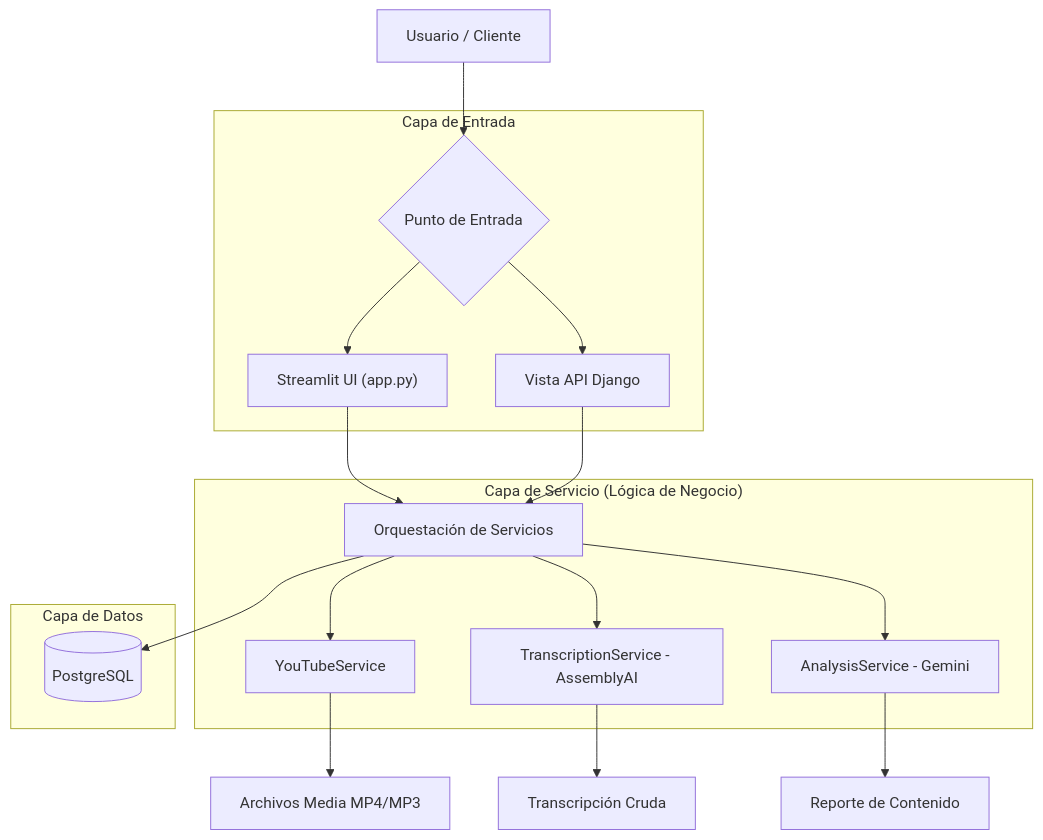
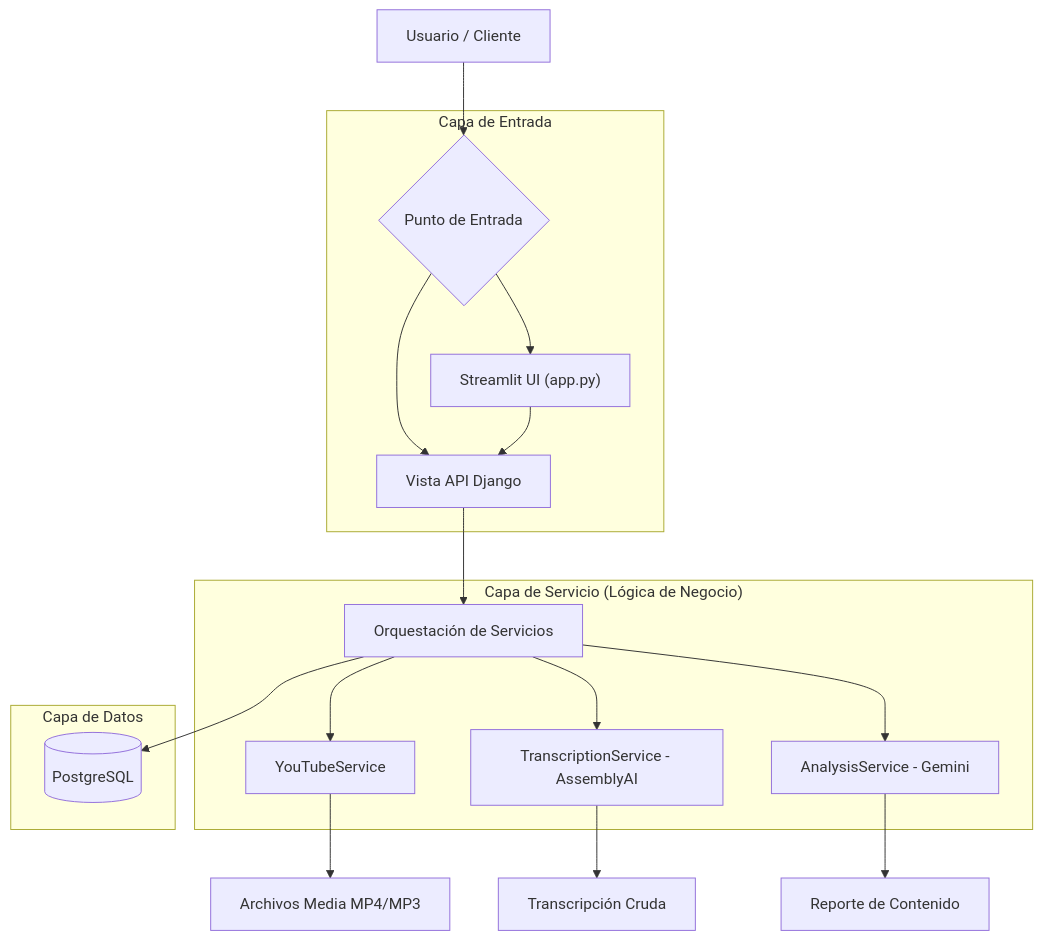
Before and after one commit to jonma0107/yt-agent-ai: the diagram in docs/ARCHITECTURE.md, drawn with Mermaid. The commit also changed other lines of this file and 5 other files, not shown here.

````diff
--- a/docs/ARCHITECTURE.md
+++ b/docs/ARCHITECTURE.md
@@ -53,38 +53,38 @@
 ```mermaid
 graph TD
     User[Usuario / Cliente] --> EntryPoint
     
     subgraph "Capa de Entrada"
         EntryPoint{Punto de Entrada}
         Streamlit["Streamlit UI (app.py)"]
         API[Vista API Django]
     end
     
     EntryPoint --> Streamlit
     EntryPoint --> API
     
-    Streamlit --> Orchestrator
+    Streamlit --> API
     API --> Orchestrator
     
     subgraph "Capa de Servicio (Lógica de Negocio)"
         Orchestrator[Orquestación de Servicios]
         YT[YouTubeService]
         AI_Trans[TranscriptionService - AssemblyAI]
         AI_An[AnalysisService - Gemini]
     end
     
     Orchestrator --> YT
     YT --> Files[Archivos Media MP4/MP3]
     
     Orchestrator --> AI_Trans
     AI_Trans --> Text[Transcripción Cruda]
     
     Orchestrator --> AI_An
     AI_An --> Report[Reporte de Contenido]
     
     subgraph "Capa de Datos"
         DB[(PostgreSQL)]
     end
     
     Orchestrator --> DB
 ```
````
